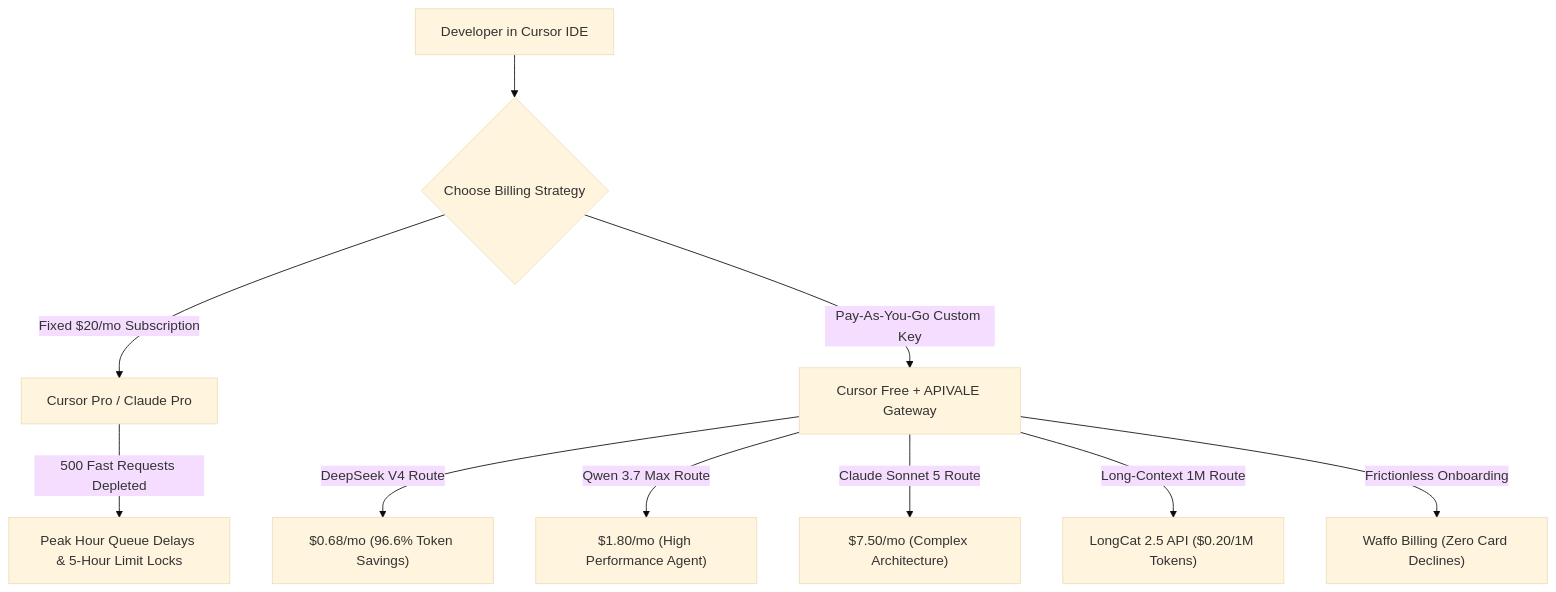
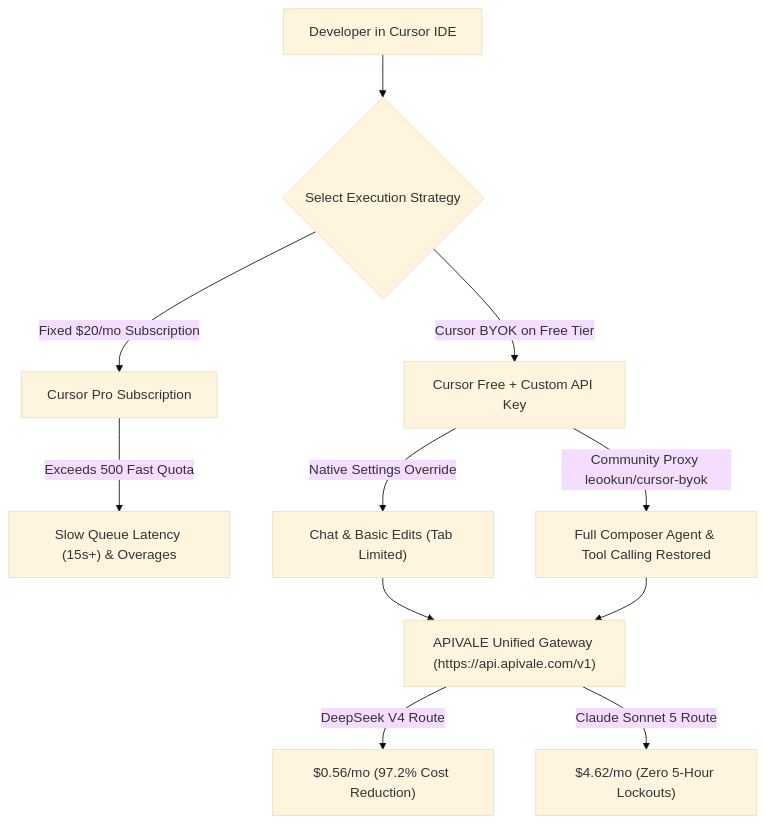
The diagram in src/content/blog/cursor-pro-vs-custom-api-key.md (bshx2024/apivel_blog), drawn with Mermaid (base theme) before and after one commit. The commit also changed other lines of this file and 1 other file, not shown here.

Commit message:
feat(seo): optimize Cursor BYOK article with leookun proxy, AST fix, and precise intent alignment

````diff
--- a/src/content/blog/cursor-pro-vs-custom-api-key.md
+++ b/src/content/blog/cursor-pro-vs-custom-api-key.md
@@ -51,12 +52,13 @@
 ```mermaid
 graph TD
-    A["Developer in Cursor IDE"] --> B{"Choose Billing Strategy"}
-    B -->|Fixed $20/mo Subscription| C["Cursor Pro / Claude Pro"]
-    C -->|500 Fast Requests Depleted| D["Peak Hour Queue Delays & 5-Hour Limit Locks"]
-    B -->|Pay-As-You-Go Custom Key| E["Cursor Free + APIVALE Gateway"]
-    E -->|DeepSeek V4 Route| F["$0.68/mo (96.6% Token Savings)"]
-    E -->|Qwen 3.7 Max Route| G["$1.80/mo (High Performance Agent)"]
-    E -->|Claude Sonnet 5 Route| H["$7.50/mo (Complex Architecture)"]
-    E -->|Long-Context 1M Route| J["LongCat 2.5 API ($0.20/1M Tokens)"]
-    E -->|Frictionless Onboarding| I["Waffo Billing (Zero Card Declines)"]
+    A["Developer in Cursor IDE"] --> B{"Select Execution Strategy"}
+    B -->|Fixed $20/mo Subscription| C["Cursor Pro Subscription"]
+    C -->|Exceeds 500 Fast Quota| D["Slow Queue Latency (15s+) & Overages"]
+    B -->|Cursor BYOK on Free Tier| E["Cursor Free + Custom API Key"]
+    E -->|Native Settings Override| F["Chat & Basic Edits (Tab Limited)"]
+    E -->|Community Proxy leookun/cursor-byok| G["Full Composer Agent & Tool Calling Restored"]
+    F --> H["APIVALE Unified Gateway (https://api.apivale.com/v1)"]
+    G --> H
+    H -->|DeepSeek V4 Route| I["$0.56/mo (97.2% Cost Reduction)"]
+    H -->|Claude Sonnet 5 Route| J["$4.62/mo (Zero 5-Hour Lockouts)"]
 ```
````
